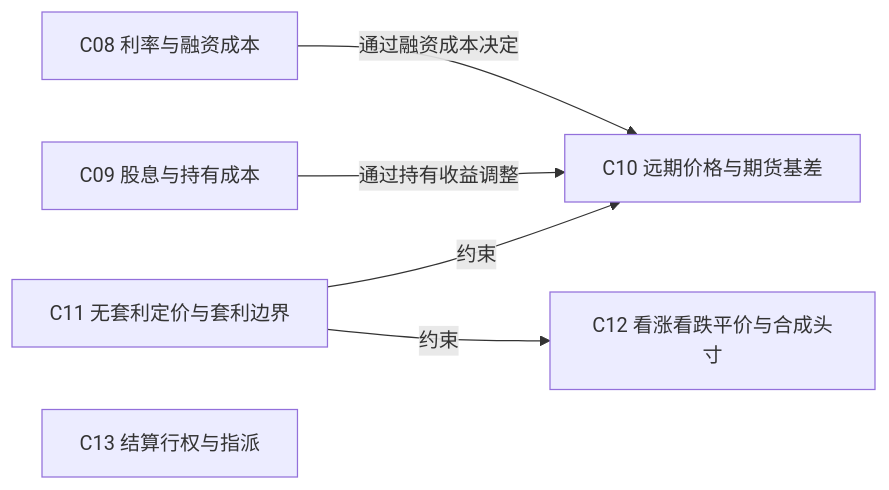
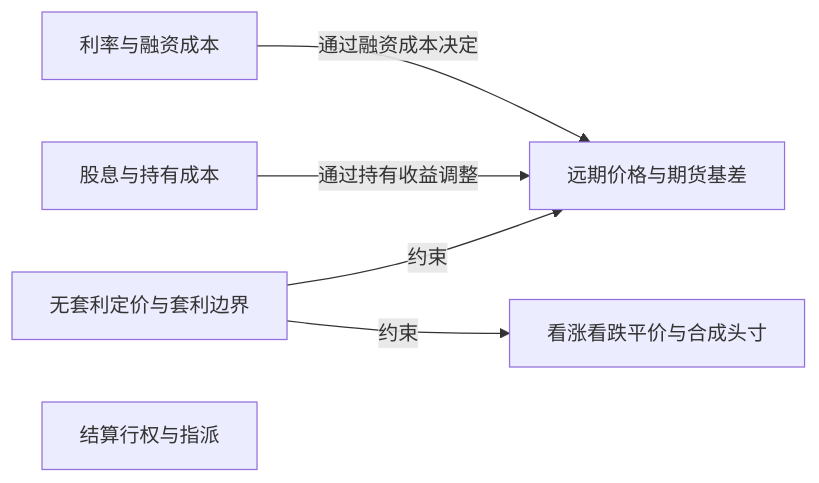
Before and after one commit to KIMMCHOW/MyKnowledge: the diagram in Knowledge/Concepts/经济/金融/衍生品/期权/References/Option Volatility and Pricing 双语版/知识图谱/无套利与持有成本.md, drawn with Mermaid. The commit also changed other lines of this file and 53 other files, not shown here.

Commit message:
cleanup: 期权知识图谱内容去除序号并同步生成与审计脚本

````diff
--- a/Knowledge/Concepts/经济/金融/衍生品/期权/References/Option Volatility and Pricing 双语版/知识图谱/无套利与持有成本.md
+++ b/Knowledge/Concepts/经济/金融/衍生品/期权/References/Option Volatility and Pricing 双语版/知识图谱/无套利与持有成本.md
@@ -24,13 +24,13 @@
 ```mermaid
 flowchart LR
-    C08["C08 利率与融资成本"]
-    C09["C09 股息与持有成本"]
-    C10["C10 远期价格与期货基差"]
-    C11["C11 无套利定价与套利边界"]
-    C12["C12 看涨看跌平价与合成头寸"]
-    C13["C13 结算行权与指派"]
-    C08 -->|"通过融资成本决定"| C10
-    C09 -->|"通过持有收益调整"| C10
-    C11 -->|"约束"| C10
-    C11 -->|"约束"| C12
+    RatesandFunding["利率与融资成本"]
+    DividendsandCostofCarry["股息与持有成本"]
+    ForwardPriceandBasis["远期价格与期货基差"]
+    NoArbitragePricingandBounds["无套利定价与套利边界"]
+    PutCallParityandSynthetics["看涨看跌平价与合成头寸"]
+    SettlementExerciseandAssignment["结算行权与指派"]
+    RatesandFunding -->|"通过融资成本决定"| ForwardPriceandBasis
+    DividendsandCostofCarry -->|"通过持有收益调整"| ForwardPriceandBasis
+    NoArbitragePricingandBounds -->|"约束"| ForwardPriceandBasis
+    NoArbitragePricingandBounds -->|"约束"| PutCallParityandSynthetics
 ```
````
